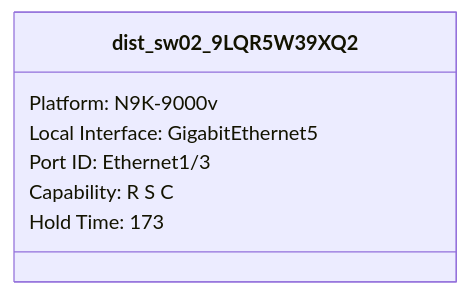
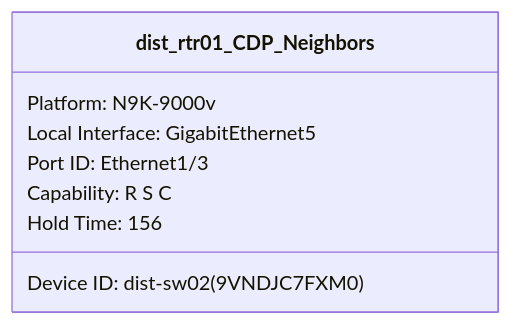
The second of 6 diagrams in Examples/IOS-XE/dist-rtr01 show cdp neighbors class.md (automateyournetwork/pyYAHTS), drawn with Mermaid before and after one commit. The commit also changed other lines of this file and 34 other files, not shown here.

Commit message:
ios-xe class diagrams

````diff
--- a/Examples/IOS-XE/dist-rtr01 show cdp neighbors class.md
+++ b/Examples/IOS-XE/dist-rtr01 show cdp neighbors class.md
@@ -14,10 +15,11 @@
 ```mermaid
 classDiagram
-class dist_sw02_9LQR5W39XQ2{
+class dist_rtr01_CDP_Neighbors {
+Device ID: dist-sw02(9VNDJC7FXM0)
 Platform: N9K-9000v
 Local Interface: GigabitEthernet5
 Port ID: Ethernet1/3
 Capability: R S C
-Hold Time: 173
+Hold Time: 156
 }
 ```
````
